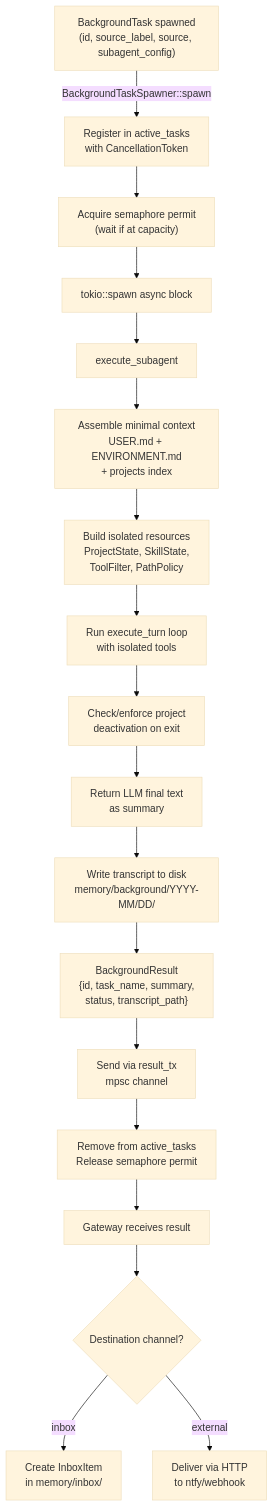
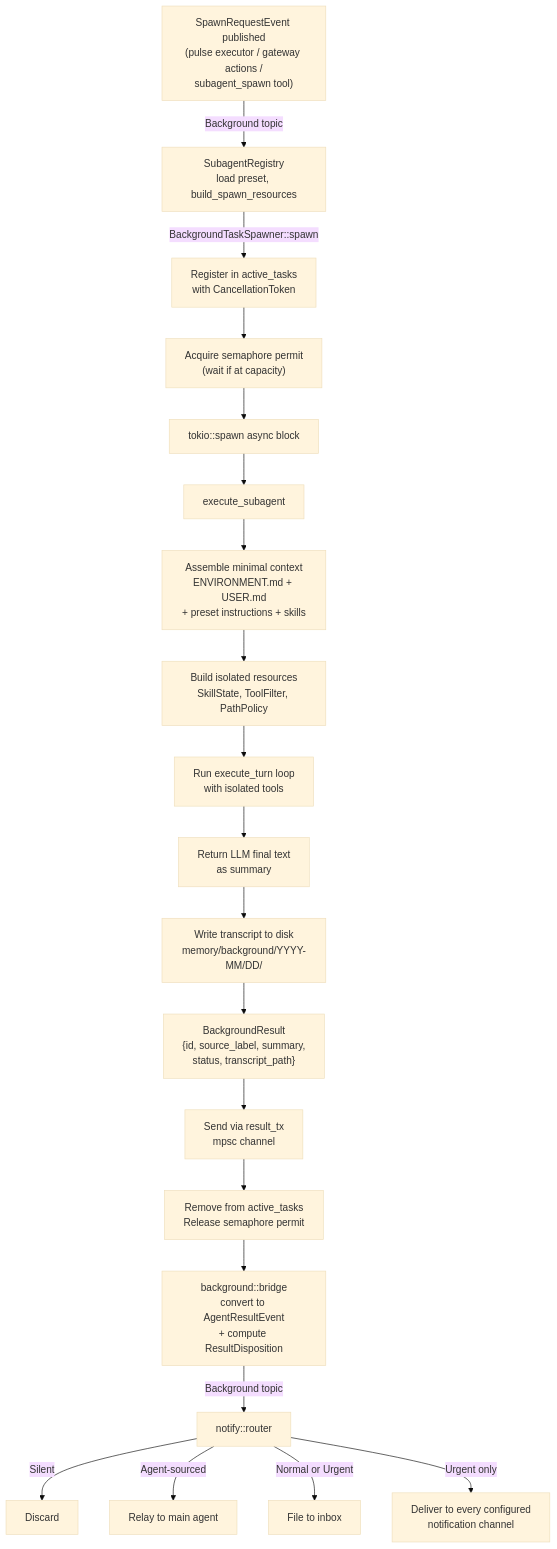
The diagram in src/background/README.md (Grizzly-Endeavors/residuum), drawn with Mermaid (base theme) before and after one commit. The commit also changed other lines of this file and 42 other files, not shown here.

First line of the commit message:
refactor: remove the memory project_context tag

````diff
--- a/src/background/README.md
+++ b/src/background/README.md
@@ -250,26 +249,28 @@
 ```mermaid
 graph TD
-    A["BackgroundTask spawned<br/>(id, source_label, source, subagent_config)"]
-    A -->|BackgroundTaskSpawner::spawn| B["Register in active_tasks<br/>with CancellationToken"]
+    Q["SpawnRequestEvent published<br/>(pulse executor / gateway actions /<br/>subagent_spawn tool)"]
+    Q -->|Background topic| R["SubagentRegistry<br/>load preset, build_spawn_resources"]
+    R -->|BackgroundTaskSpawner::spawn| B["Register in active_tasks<br/>with CancellationToken"]
     B --> C["Acquire semaphore permit<br/>(wait if at capacity)"]
     C --> D["tokio::spawn async block"]
 
     D --> F["execute_subagent"]
 
-    F --> F1["Assemble minimal context<br/>USER.md + ENVIRONMENT.md<br/>+ projects index"]
-    F1 --> F2["Build isolated resources<br/>ProjectState, SkillState,<br/>ToolFilter, PathPolicy"]
+    F --> F1["Assemble minimal context<br/>ENVIRONMENT.md + USER.md<br/>+ preset instructions + skills"]
+    F1 --> F2["Build isolated resources<br/>SkillState, ToolFilter, PathPolicy"]
     F2 --> F3["Run execute_turn loop<br/>with isolated tools"]
-    F3 --> F4["Check/enforce project<br/>deactivation on exit"]
-    F4 --> F5["Return LLM final text<br/>as summary"]
+    F3 --> F5["Return LLM final text<br/>as summary"]
 
     F5 --> H["Write transcript to disk<br/>memory/background/YYYY-MM/DD/"]
 
-    H --> I["BackgroundResult<br/>{id, task_name, summary,<br/>status, transcript_path}"]
+    H --> I["BackgroundResult<br/>{id, source_label, summary,<br/>status, transcript_path}"]
     I --> J["Send via result_tx<br/>mpsc channel"]
     J --> K["Remove from active_tasks<br/>Release semaphore permit"]
 
-    K --> L["Gateway receives result"]
-    L --> P{Destination channel?}
-    P -->|inbox| R["Create InboxItem<br/>in memory/inbox/"]
-    P -->|external| S["Deliver via HTTP<br/>to ntfy/webhook"]
+    K --> M["background::bridge<br/>convert to AgentResultEvent<br/>+ compute ResultDisposition"]
+    M -->|Background topic| N["notify::router"]
+    N -->|Silent| O["Discard"]
+    N -->|Agent-sourced| P["Relay to main agent"]
+    N -->|Normal or Urgent| L["File to inbox"]
+    N -->|Urgent only| S["Deliver to every configured<br/>notification channel"]
 ```
````
